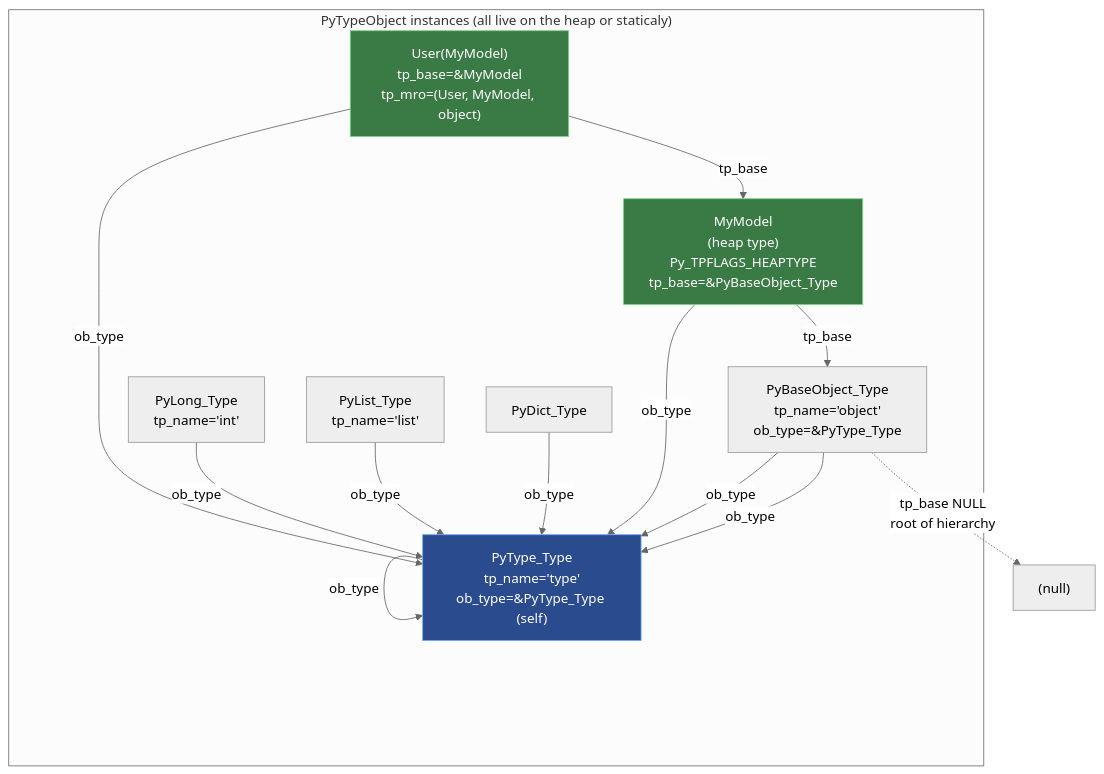
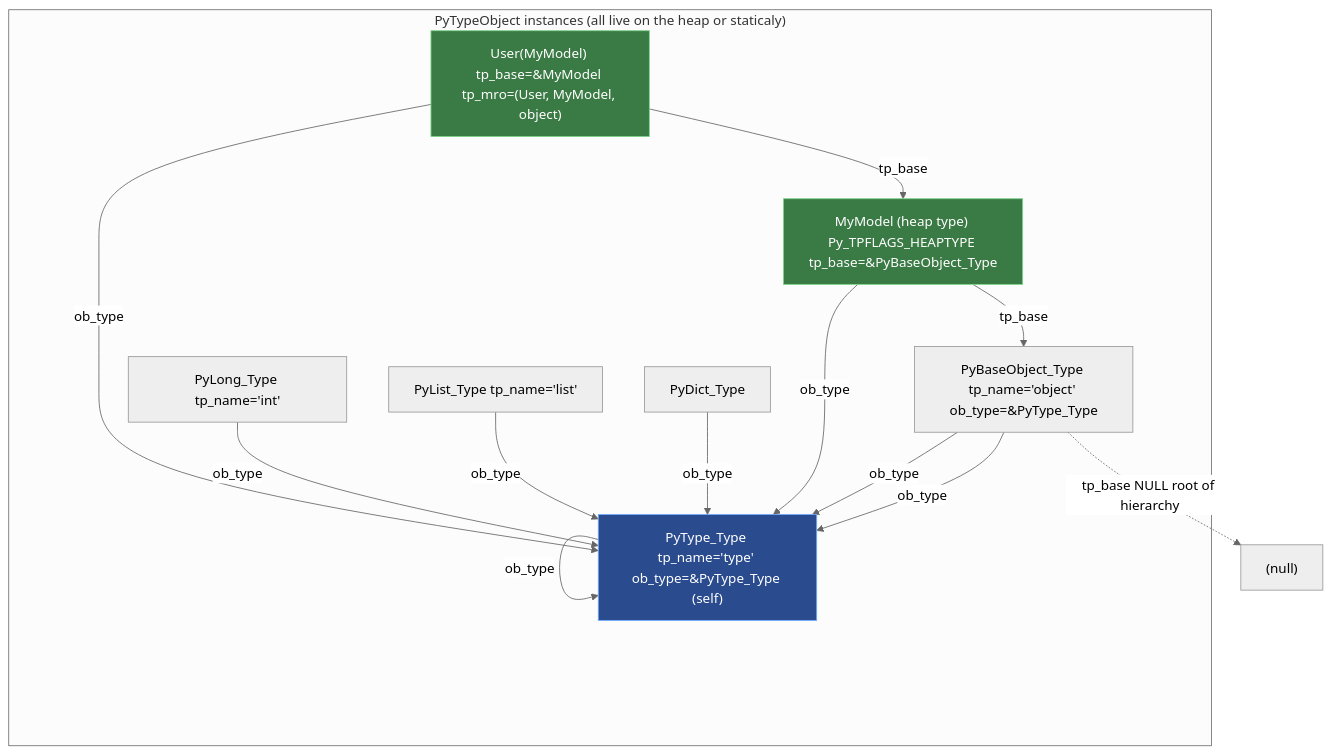
The second of 7 diagrams in vol-16-python-cpython-internals/ch06-type-system.md (bumbsclaw/textbooks), drawn with Mermaid (neutral theme) before and after one commit. The commit also changed other lines of this file and 9 other files, not shown here.

First line of the commit message:
fix(pdf, mermaid): syntax-highlighted code blocks + diagram label fixes

````diff
--- a/vol-16-python-cpython-internals/ch06-type-system.md
+++ b/vol-16-python-cpython-internals/ch06-type-system.md
@@ -159,27 +159,27 @@
 ```mermaid
 flowchart TB
     subgraph PYTYPES["PyTypeObject instances (all live on the heap or staticaly)"]
-        PYTYPE["PyType_Type<br/>tp_name='type'<br/>ob_type=&PyType_Type (self)"]
-        PYOBJ["PyBaseObject_Type<br/>tp_name='object'<br/>ob_type=&PyType_Type"]
-        PYLONG["PyLong_Type<br/>tp_name='int'"]
-        PYLIST["PyList_Type<br/>tp_name='list'"]
+        PYTYPE["PyType_Type tp_name='type' ob_type=&PyType_Type (self)"]
+        PYOBJ["PyBaseObject_Type tp_name='object' ob_type=&PyType_Type"]
+        PYLONG["PyLong_Type tp_name='int'"]
+        PYLIST["PyList_Type tp_name='list'"]
         PYDICT["PyDict_Type"]
-        USERBASE["MyModel<br/>(heap type)<br/>Py_TPFLAGS_HEAPTYPE<br/>tp_base=&PyBaseObject_Type"]
-        USERSUB["User(MyModel)<br/>tp_base=&MyModel<br/>tp_mro=(User, MyModel, object)"]
+        USERBASE["MyModel (heap type) Py_TPFLAGS_HEAPTYPE tp_base=&PyBaseObject_Type"]
+        USERSUB["User(MyModel) tp_base=&MyModel tp_mro=(User, MyModel, object)"]
     end
 
     PYLONG & PYLIST & PYDICT & PYOBJ -->|ob_type| PYTYPE
     USERBASE -->|ob_type| PYTYPE
     USERSUB -->|ob_type| PYTYPE
     PYOBJ -->|ob_type| PYTYPE
     PYTYPE -->|ob_type| PYTYPE
 
     USERBASE -->|tp_base| PYOBJ
     USERSUB -->|tp_base| USERBASE
 
-    PYOBJ -.->|tp_base NULL<br/>root of hierarchy| NIL["(null)"]
+    PYOBJ -.->|tp_base NULL root of hierarchy| NIL["(null)"]
 
     style PYTYPE fill:#2a4b8d,stroke:#6ea8fe,color:#fff
     style USERBASE fill:#3a7a44,stroke:#7ed48a,color:#fff
     style USERSUB fill:#3a7a44,stroke:#7ed48a,color:#fff
 ```
````
